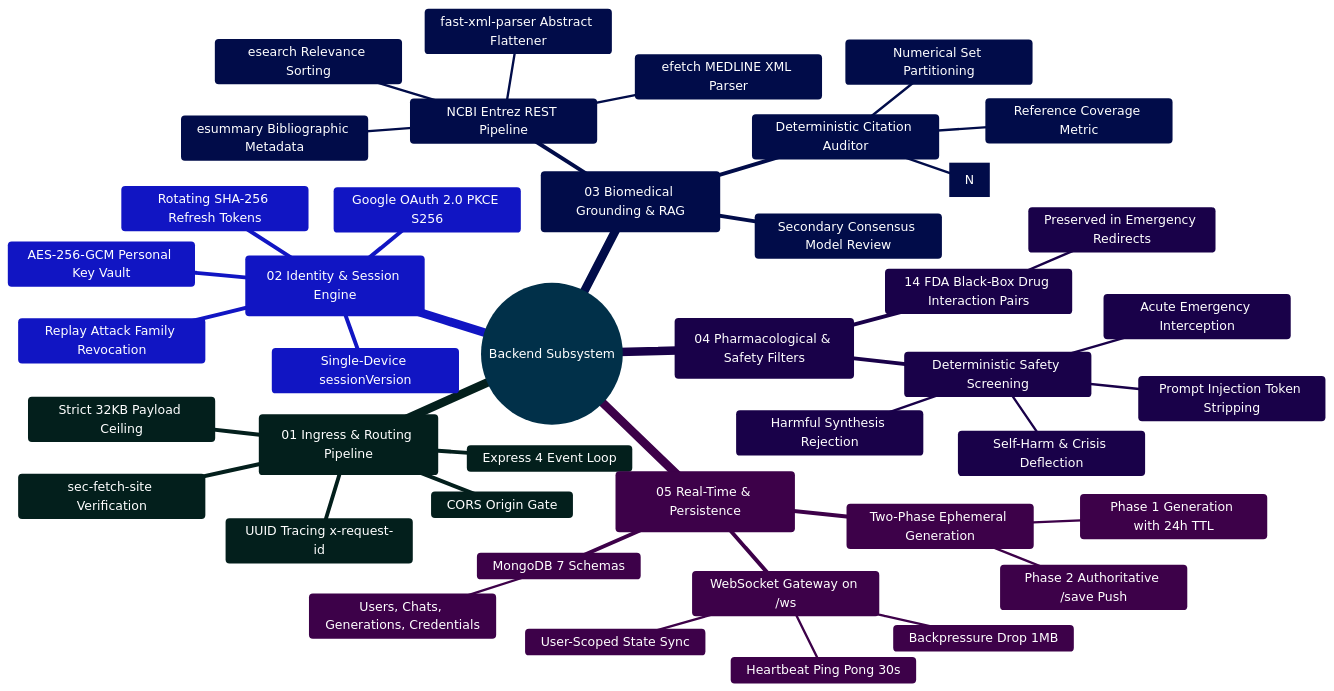
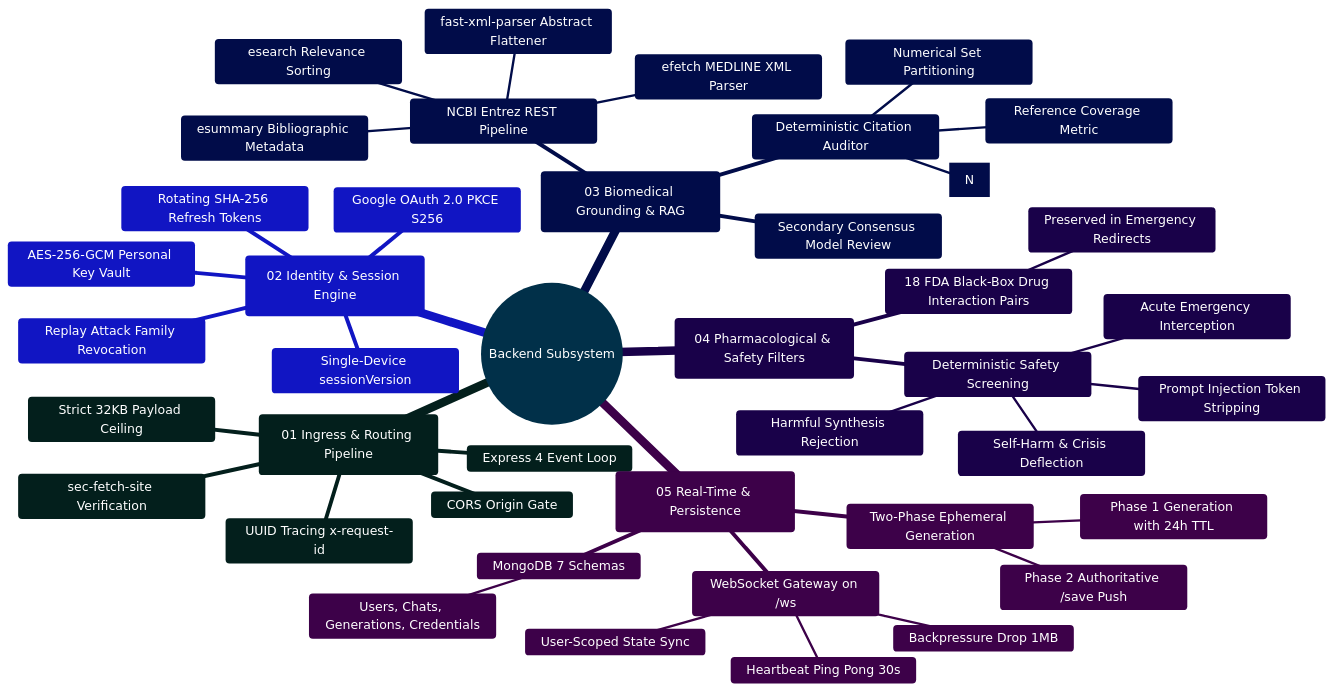
One commit to Ganesh172919/React-App-LLM changed the first of 2 diagrams in backend/README.md. Above: the diagram before and after it, drawn with Mermaid. The commit also changed other lines of this file and 2 other files, not shown here.

````diff
--- a/backend/README.md
+++ b/backend/README.md
@@ -73,47 +73,47 @@
 ```mermaid
 %%{init: {'theme': 'base', 'themeVariables': { 'primaryColor': '#0284c7', 'primaryTextColor': '#ffffff', 'primaryBorderColor': '#0369a1', 'lineColor': '#0284c7', 'secondaryColor': '#0d9488', 'tertiaryColor': '#6366f1' }}}%%
 mindmap
   root((Backend Subsystem))
     ::icon(fa fa-server)
     (01 Ingress & Routing Pipeline)
       Express 4 Event Loop
       UUID Tracing x-request-id
       CORS Origin Gate
       sec-fetch-site Verification
       Strict 32KB Payload Ceiling
     (02 Identity & Session Engine)
       Single-Device sessionVersion
       Rotating SHA-256 Refresh Tokens
       Replay Attack Family Revocation
       Google OAuth 2.0 PKCE S256
       AES-256-GCM Personal Key Vault
     (03 Biomedical Grounding & RAG)
       NCBI Entrez REST Pipeline
         esearch Relevance Sorting
         esummary Bibliographic Metadata
         efetch MEDLINE XML Parser
         fast-xml-parser Abstract Flattener
       Deterministic Citation Auditor
         Bracket Regex Extraction [N]
         Numerical Set Partitioning
         Reference Coverage Metric
       Secondary Consensus Model Review
     (04 Pharmacological & Safety Filters)
       Deterministic Safety Screening
         Self-Harm & Crisis Deflection
         Acute Emergency Interception
         Harmful Synthesis Rejection
         Prompt Injection Token Stripping
-      14 FDA Black-Box Drug Interaction Pairs
+      18 FDA Black-Box Drug Interaction Pairs
         Preserved in Emergency Redirects
     (05 Real-Time & Persistence)
       Two-Phase Ephemeral Generation
         Phase 1 Generation with 24h TTL
         Phase 2 Authoritative /save Push
       WebSocket Gateway on /ws
         Heartbeat Ping Pong 30s
         Backpressure Drop 1MB
         User-Scoped State Sync
       MongoDB 7 Schemas
         Users, Chats, Generations, Credentials
 ```
````
